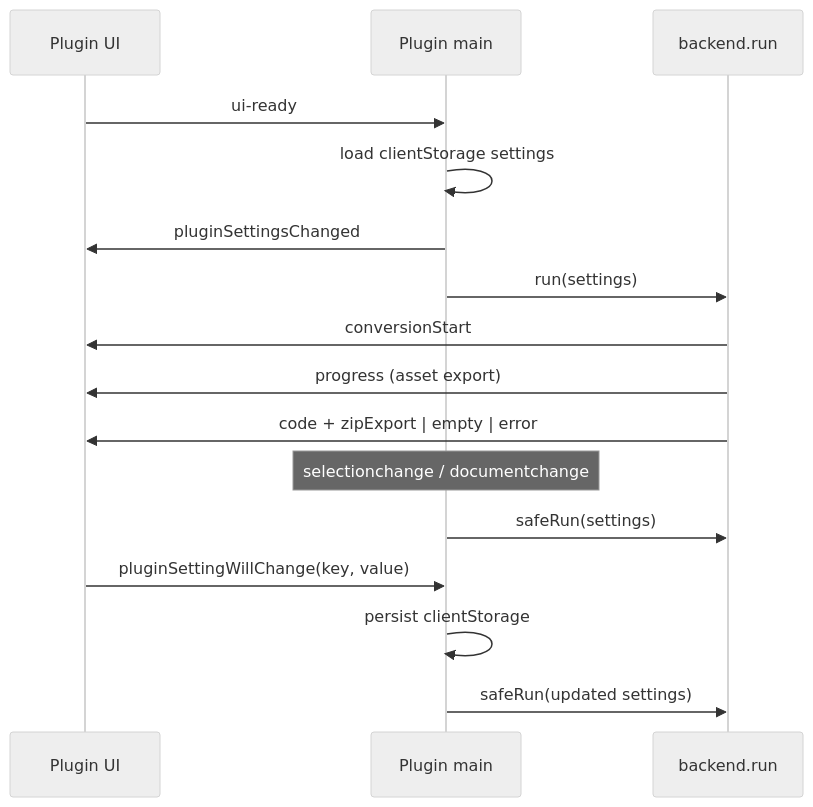
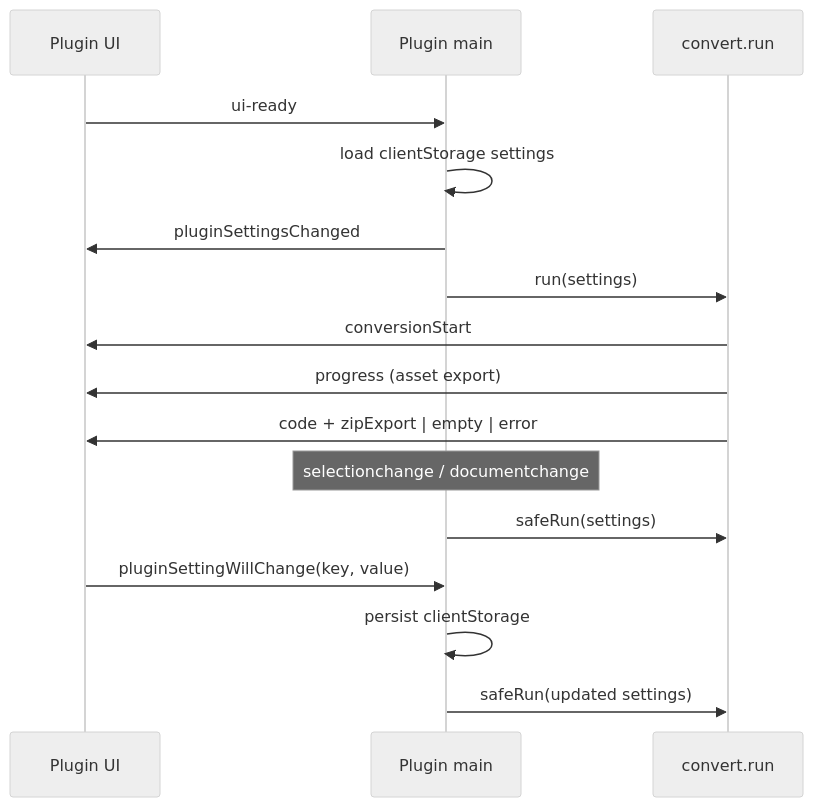
Before and after one commit to CodeByStella/FIGMA2CODE: the sixth of 9 diagrams in docs/logic.md, drawn with Mermaid (neutral theme). The commit also changed other lines of this file and 161 other files, not shown here.

````diff
--- a/docs/logic.md
+++ b/docs/logic.md
@@ -177,21 +175,21 @@
 ```mermaid
 sequenceDiagram
   participant UI as Plugin UI
   participant Main as Plugin main
-  participant Backend as backend.run
+  participant Backend as convert.run
 
   UI->>Main: ui-ready
   Main->>Main: load clientStorage settings
   Main->>UI: pluginSettingsChanged
   Main->>Backend: run(settings)
   Backend->>UI: conversionStart
   Backend->>UI: progress (asset export)
   Backend->>UI: code + zipExport | empty | error
 
   Note over Main: selectionchange / documentchange
   Main->>Backend: safeRun(settings)
 
   UI->>Main: pluginSettingWillChange(key, value)
   Main->>Main: persist clientStorage
   Main->>Backend: safeRun(updated settings)
 ```
````
